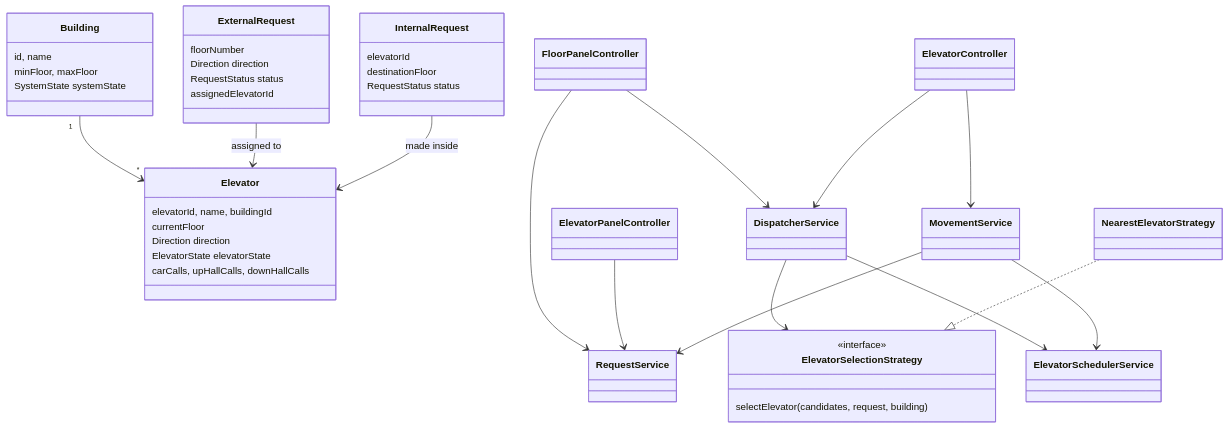
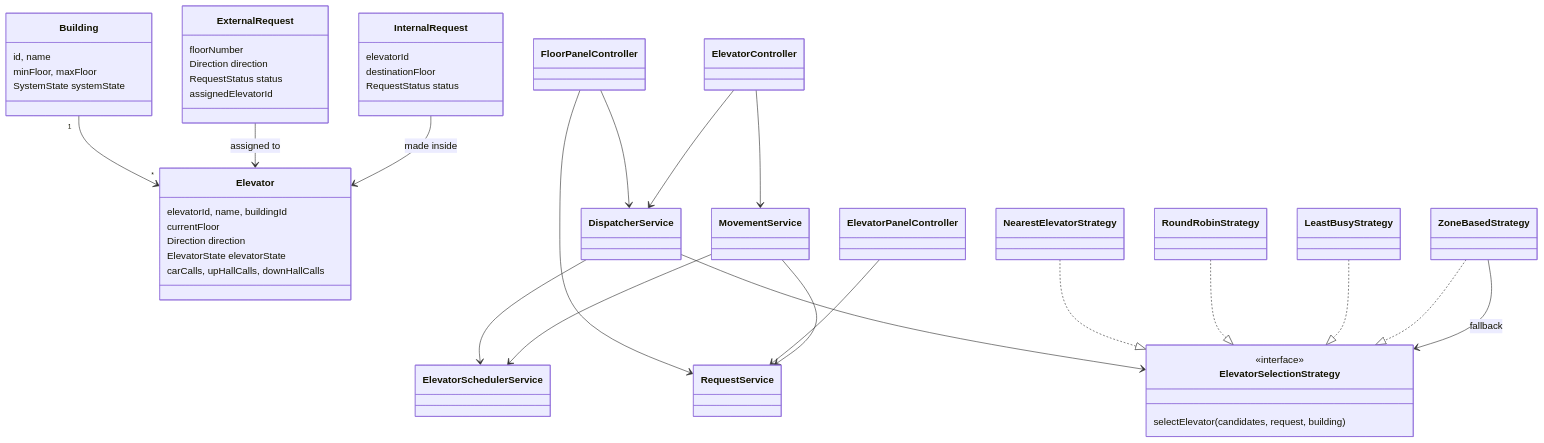
The diagram in README.md (Shunmuga-2003/ElevatorLLDJava), drawn with Mermaid before and after one commit. The commit also changed other lines of this file and 13 other files, not shown here.

````diff
--- a/README.md
+++ b/README.md
@@ -129,45 +137,49 @@
 ```mermaid
 classDiagram
     class Building {
         id, name
         minFloor, maxFloor
         SystemState systemState
     }
     class Elevator {
         elevatorId, name, buildingId
         currentFloor
         Direction direction
         ElevatorState elevatorState
         carCalls, upHallCalls, downHallCalls
     }
     class ExternalRequest {
         floorNumber
         Direction direction
         RequestStatus status
         assignedElevatorId
     }
     class InternalRequest {
         elevatorId
         destinationFloor
         RequestStatus status
     }
     class ElevatorSelectionStrategy {
         <<interface>>
         selectElevator(candidates, request, building)
     }
 
     Building "1" --> "*" Elevator
     ExternalRequest --> Elevator : assigned to
     InternalRequest --> Elevator : made inside
 
     FloorPanelController --> RequestService
     FloorPanelController --> DispatcherService
     ElevatorPanelController --> RequestService
     ElevatorController --> MovementService
     ElevatorController --> DispatcherService
     DispatcherService --> ElevatorSelectionStrategy
     NearestElevatorStrategy ..|> ElevatorSelectionStrategy
+    RoundRobinStrategy ..|> ElevatorSelectionStrategy
+    LeastBusyStrategy ..|> ElevatorSelectionStrategy
+    ZoneBasedStrategy ..|> ElevatorSelectionStrategy
+    ZoneBasedStrategy --> ElevatorSelectionStrategy : fallback
     DispatcherService --> ElevatorSchedulerService
     MovementService --> ElevatorSchedulerService
     MovementService --> RequestService
 ```
````
